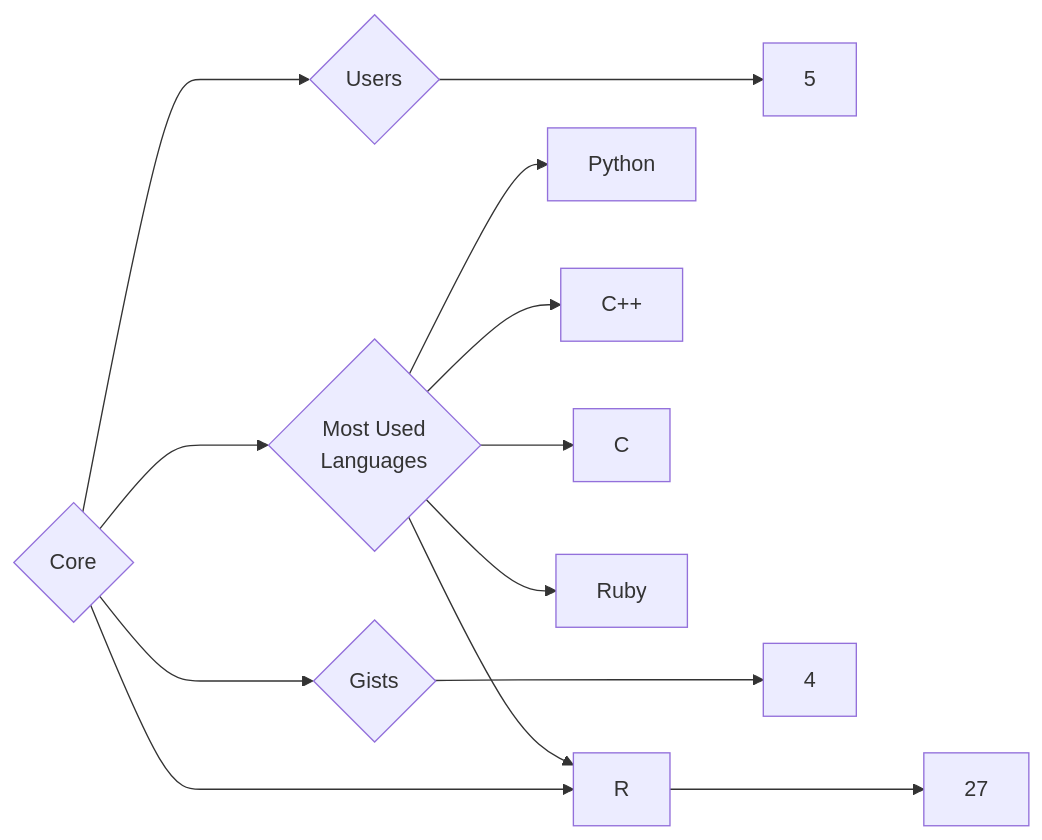
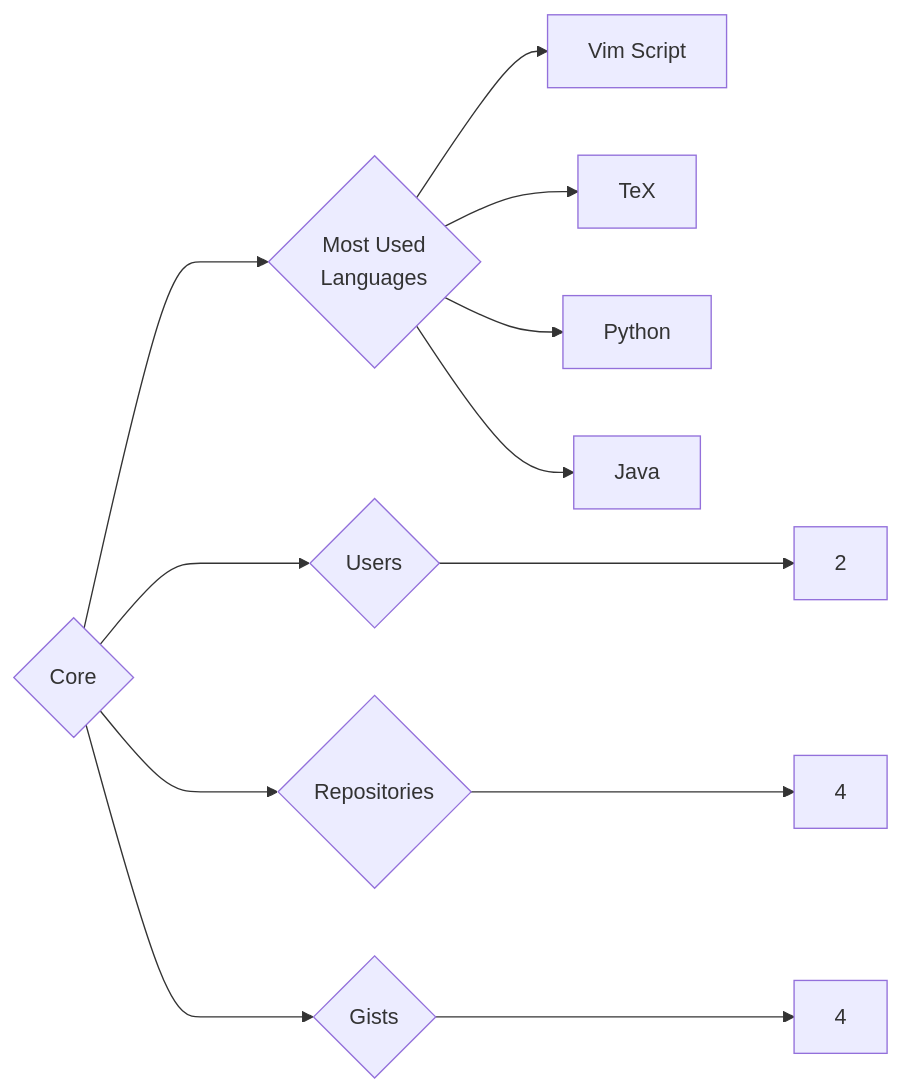
One commit to trickest/insiders changed the diagram in targets/Core/README.md. Above: the diagram before and after it, drawn with Mermaid. The commit also changed 857 other files, not shown here.

````diff
--- a/targets/Core/README.md
+++ b/targets/Core/README.md
@@ -3,13 +3,12 @@
 ```mermaid
 graph LR
 COMPANY_NAME{Core}
-COMPANY_NAME ---> U{Users} ---> UN[5]
-COMPANY_NAME ---> R{Repositories} ---> RN[27]
+COMPANY_NAME ---> U{Users} ---> UN[2]
+COMPANY_NAME ---> R{Repositories} ---> RN[4]
 COMPANY_NAME ---> G{Gists} ---> GN[4]
 COMPANY_NAME ---> ML{Most Used<br>Languages}
+ML --> Vim_Script[Vim Script]
+ML --> TeX[TeX]
 ML --> Python[Python]
-ML --> C++[C++]
-ML --> C[C]
-ML --> R[R]
-ML --> Ruby[Ruby]
+ML --> Java[Java]
 ```
````
